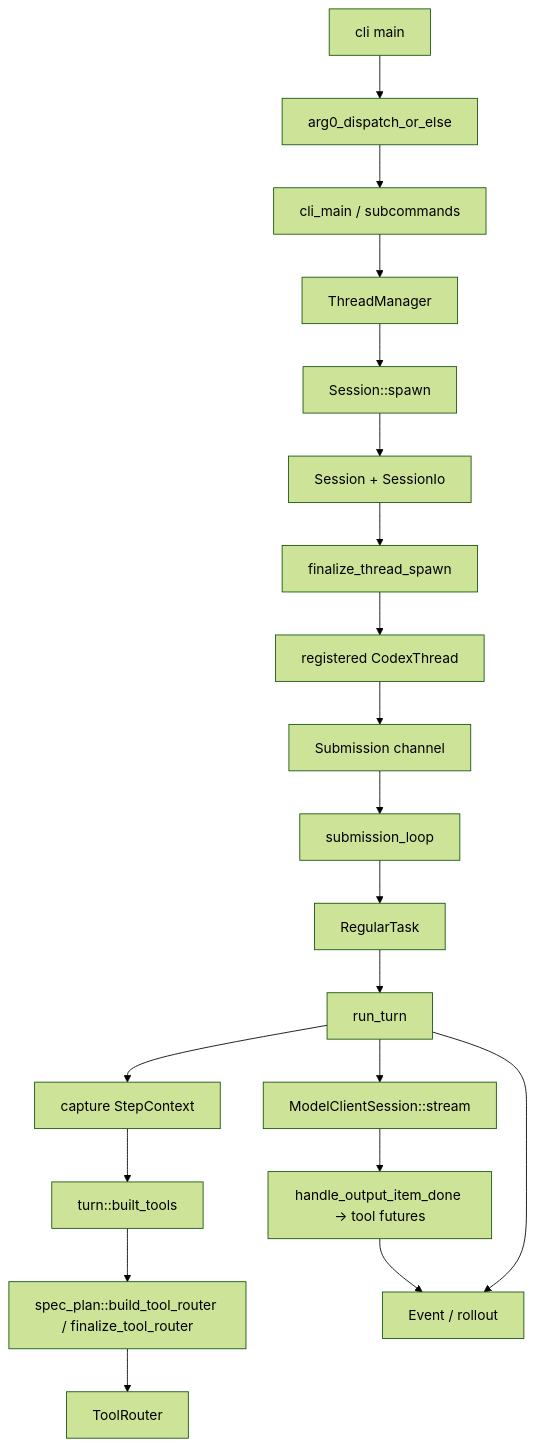
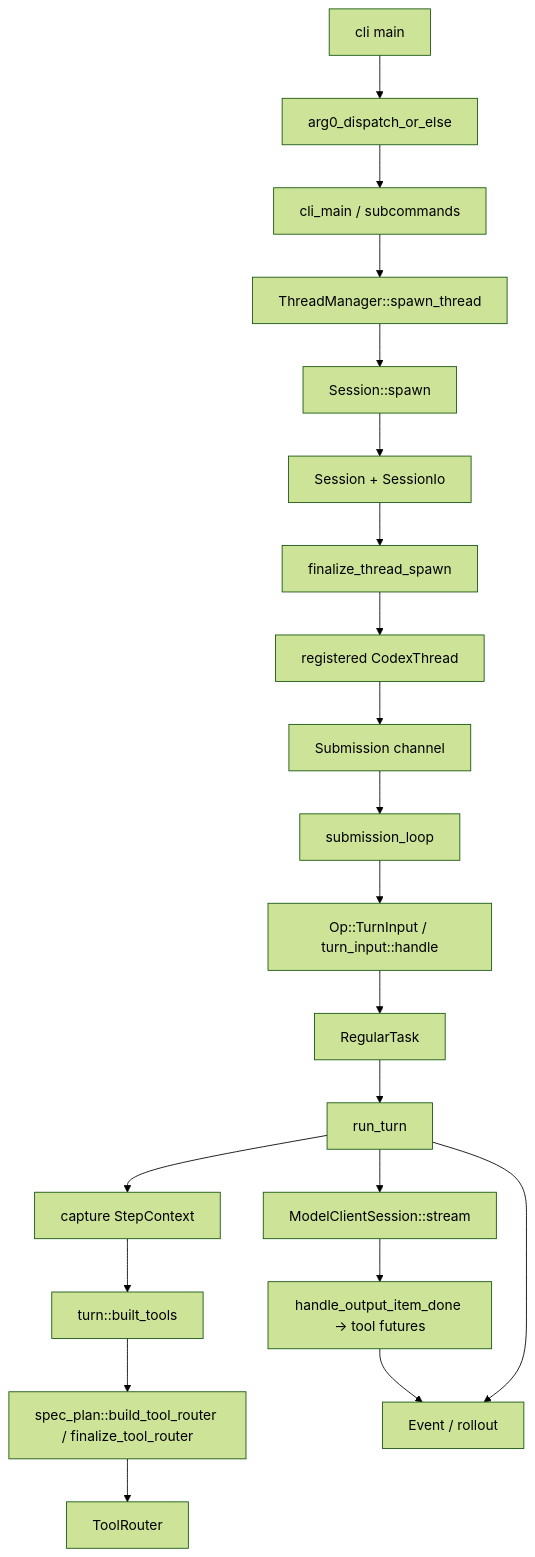
Before and after one commit to wdnmdtonyma/SOTA-Agent-LLM-Wiki: the diagram in docs/llm-wiki/codex/spine/overview.md, drawn with Mermaid (forest theme). The commit also changed other lines of this file and 197 other files, not shown here.

````diff
--- a/docs/llm-wiki/codex/spine/overview.md
+++ b/docs/llm-wiki/codex/spine/overview.md
@@ -23,22 +24,23 @@
 ```mermaid
 flowchart TD
     CLI["cli main"] --> ARG0["arg0_dispatch_or_else"]
     ARG0 --> CLI_MAIN["cli_main / subcommands"]
-    CLI_MAIN --> TM["ThreadManager"]
+    CLI_MAIN --> TM["ThreadManager::spawn_thread"]
     TM --> SPAWN["Session::spawn"]
     SPAWN --> SESSION["Session + SessionIo"]
     SESSION --> FINALIZE["finalize_thread_spawn"]
     FINALIZE --> CLIENT["registered CodexThread"]
     CLIENT --> SQ["Submission channel"]
     SQ --> LOOP["submission_loop"]
-    LOOP --> TASK["RegularTask"]
+    LOOP --> TURNIN["Op::TurnInput / turn_input::handle"]
+    TURNIN --> TASK["RegularTask"]
     TASK --> TURN["run_turn"]
     TURN --> STEP["capture StepContext"]
     STEP --> BUILT["turn::built_tools"]
     BUILT --> SPECPLAN["spec_plan::build_tool_router / finalize_tool_router"]
     SPECPLAN --> ROUTER["ToolRouter"]
     TURN --> STREAM["ModelClientSession::stream"]
     STREAM --> TOOLS["handle_output_item_done -> tool futures"]
     TOOLS --> EQ["Event / rollout"]
     TURN --> EQ
 ```
````
